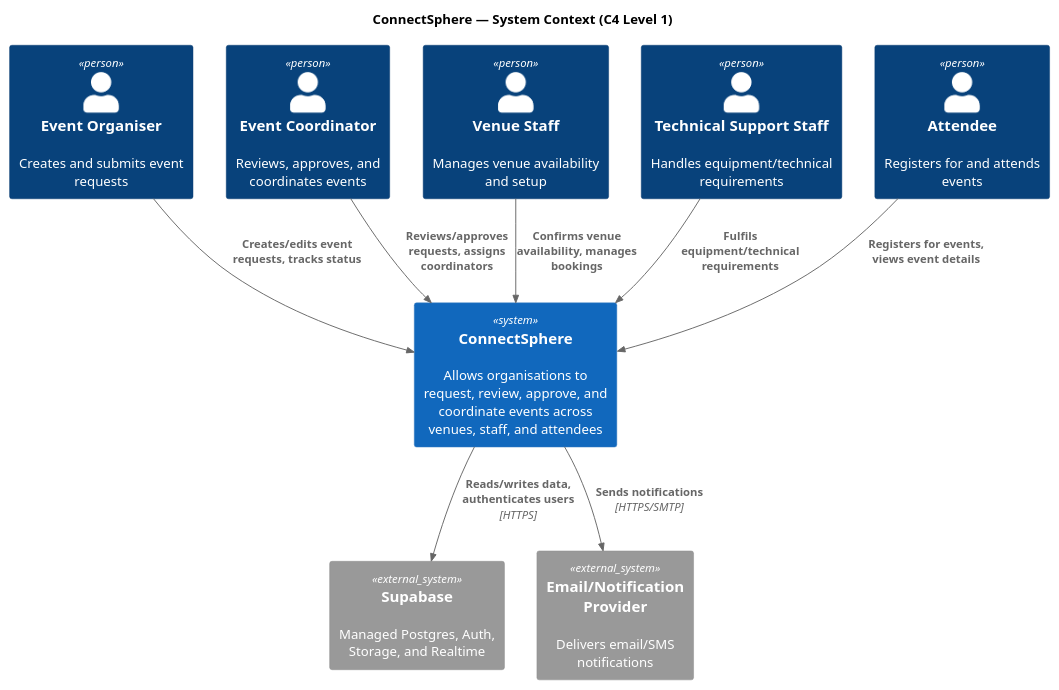
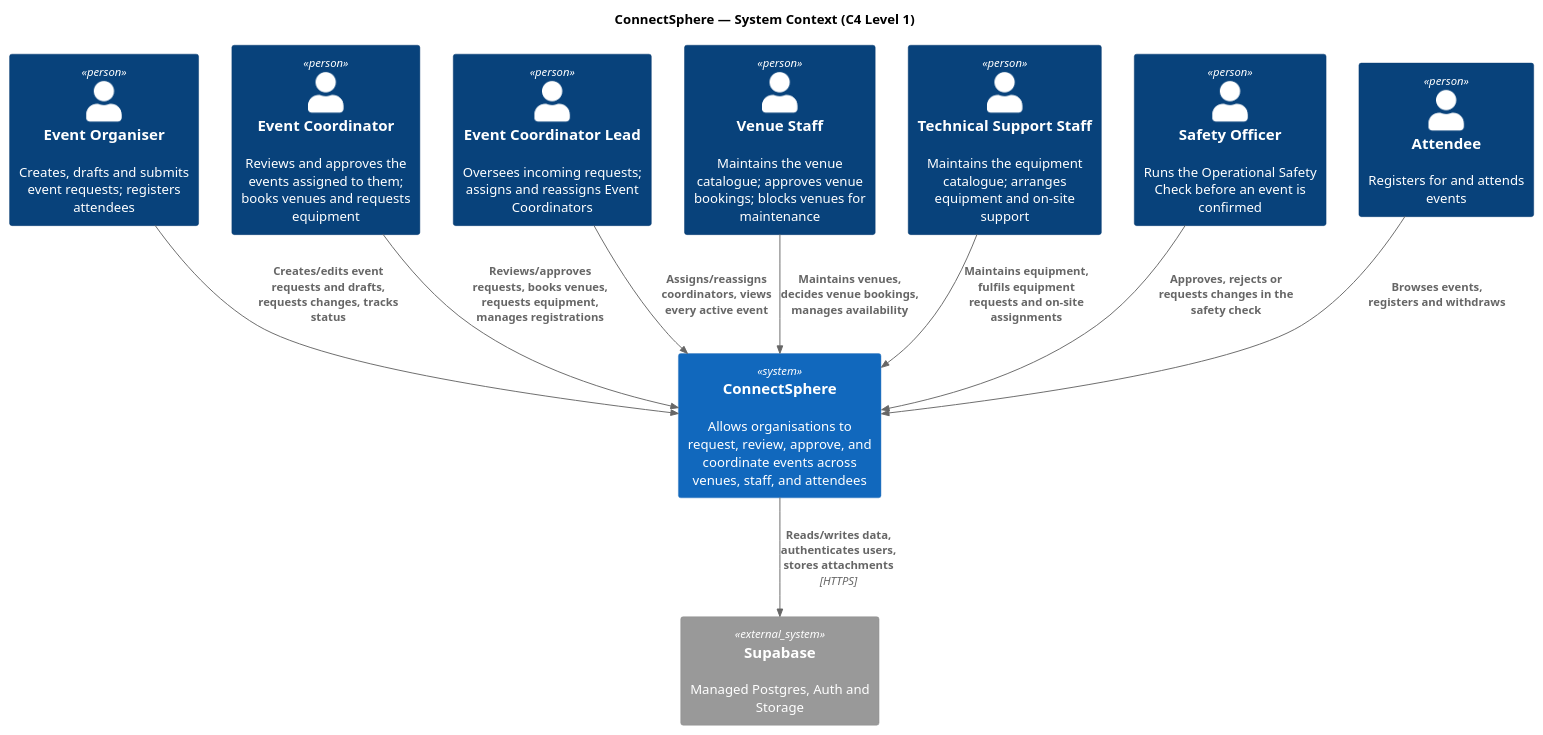
The diagram in docs/architecture/c4/context.puml (danjaii/SPM-T5), drawn with PlantUML before and after one commit. The commit also changed 12 other files, not shown here.

Commit message:
docs - Update C4 diagrams, drop email/SMS, remove current-state.md (#201)

```diff
--- a/docs/architecture/c4/context.puml
+++ b/docs/architecture/c4/context.puml
@@ -1,26 +1,31 @@
 @startuml context
 !include <C4/C4_Context>
 
 title ConnectSphere — System Context (C4 Level 1)
+' The seven roles are ROLES in packages/shared/src/roles.ts. The Event Coordinator Lead and the Safety Officer came with
+' the week 7 customer changes. Notifications are in-app only: email and SMS are not part of this project
+' (docs/scope-decisions.md), so there is no email or SMS provider.
 
-Person(organiser, "Event Organiser", "Creates and submits event requests")
-Person(coordinator, "Event Coordinator", "Reviews, approves, and coordinates events")
-Person(venueStaff, "Venue Staff", "Manages venue availability and setup")
-Person(techSupport, "Technical Support Staff", "Handles equipment/technical requirements")
+Person(organiser, "Event Organiser", "Creates, drafts and submits event requests; registers attendees")
+Person(coordinator, "Event Coordinator", "Reviews and approves the events assigned to them; books venues and requests equipment")
+Person(lead, "Event Coordinator Lead", "Oversees incoming requests; assigns and reassigns Event Coordinators")
+Person(venueStaff, "Venue Staff", "Maintains the venue catalogue; approves venue bookings; blocks venues for maintenance")
+Person(techSupport, "Technical Support Staff", "Maintains the equipment catalogue; arranges equipment and on-site support")
+Person(safetyOfficer, "Safety Officer", "Runs the Operational Safety Check before an event is confirmed")
 Person(attendee, "Attendee", "Registers for and attends events")
 
 System(connectsphere, "ConnectSphere", "Allows organisations to request, review, approve, and coordinate events across venues, staff, and attendees")
 
-System_Ext(supabase, "Supabase", "Managed Postgres, Auth, Storage, and Realtime")
-System_Ext(email, "Email/Notification Provider", "Delivers email/SMS notifications")
+System_Ext(supabase, "Supabase", "Managed Postgres, Auth and Storage")
 
-Rel(organiser, connectsphere, "Creates/edits event requests, tracks status")
-Rel(coordinator, connectsphere, "Reviews/approves requests, assigns coordinators")
-Rel(venueStaff, connectsphere, "Confirms venue availability, manages bookings")
-Rel(techSupport, connectsphere, "Fulfils equipment/technical requirements")
-Rel(attendee, connectsphere, "Registers for events, views event details")
+Rel(organiser, connectsphere, "Creates/edits event requests and drafts, requests changes, tracks status")
+Rel(coordinator, connectsphere, "Reviews/approves requests, books venues, requests equipment, manages registrations")
+Rel(lead, connectsphere, "Assigns/reassigns coordinators, views every active event")
+Rel(venueStaff, connectsphere, "Maintains venues, decides venue bookings, manages availability")
+Rel(techSupport, connectsphere, "Maintains equipment, fulfils equipment requests and on-site assignments")
+Rel(safetyOfficer, connectsphere, "Approves, rejects or requests changes in the safety check")
+Rel(attendee, connectsphere, "Browses events, registers and withdraws")
 
-Rel(connectsphere, supabase, "Reads/writes data, authenticates users", "HTTPS")
-Rel(connectsphere, email, "Sends notifications", "HTTPS/SMTP")
+Rel(connectsphere, supabase, "Reads/writes data, authenticates users, stores attachments", "HTTPS")
 
 @enduml
```
